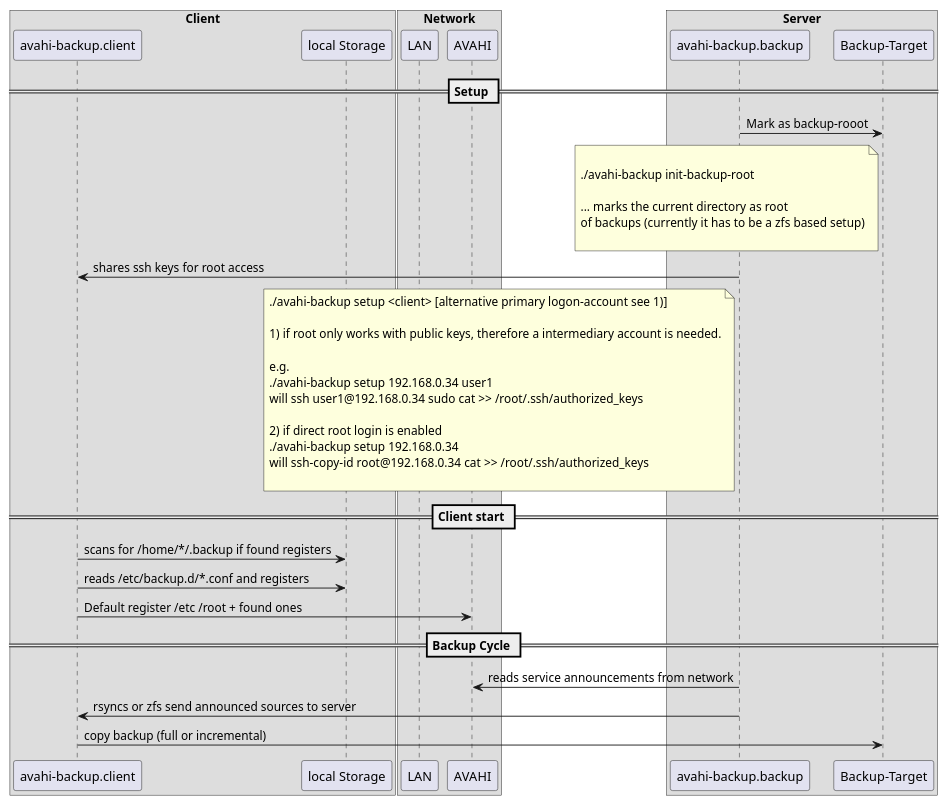
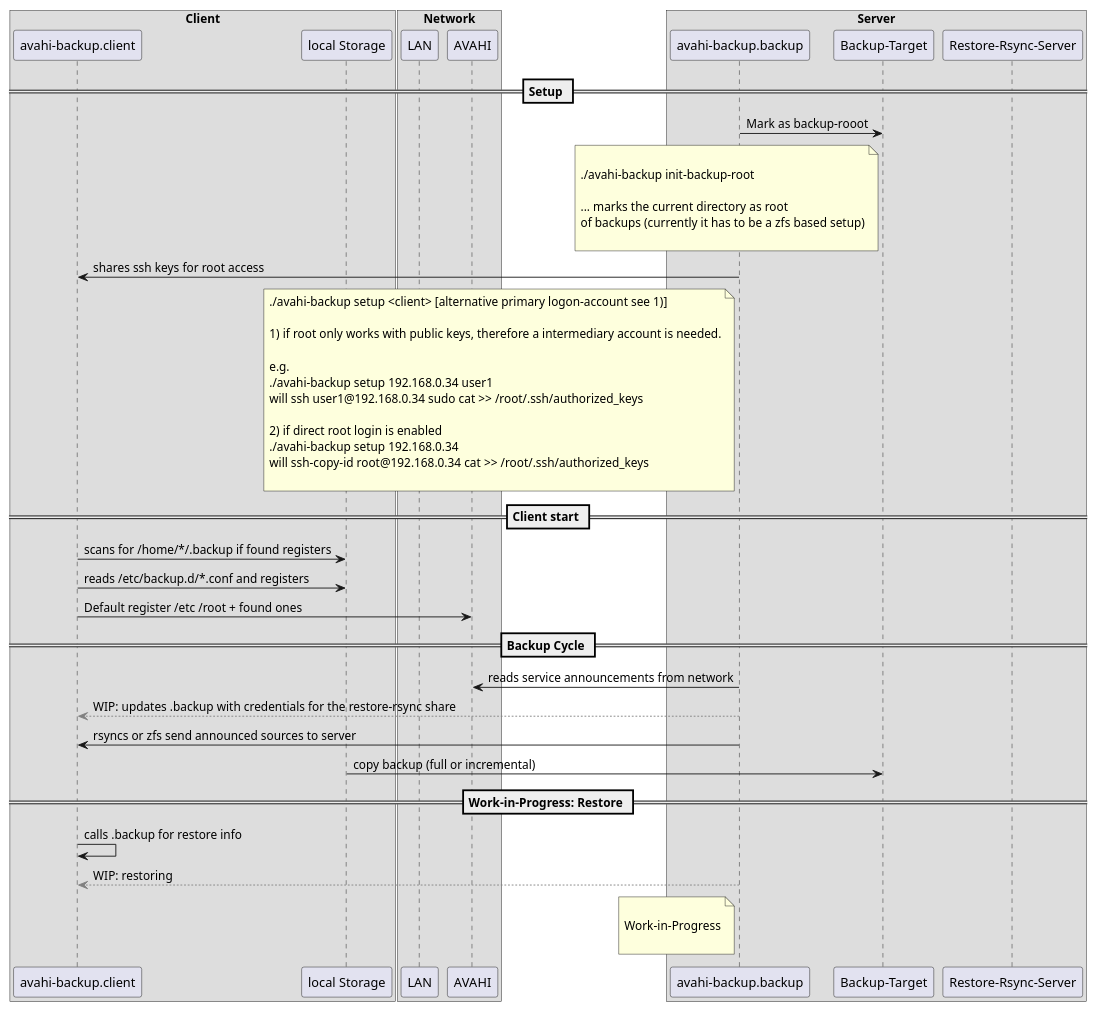
The diagram in doc/readme.overview.plantuml (hastmu/avahi-backup), drawn with PlantUML before and after one commit. The commit also changed 2 other files, not shown here.

Commit message:
update process with wip:restore

```diff
--- a/doc/readme.overview.plantuml
+++ b/doc/readme.overview.plantuml
@@ -1,60 +1,74 @@
 @startuml 
 
 box "Client"
    participant "avahi-backup.client" as client
    participant "local Storage" as local.storage
 end box
 
 box "Network"
    participant "LAN" as lan
    participant "AVAHI" as avahi.announcement
 end box
 
 box "Server"
    participant "avahi-backup.backup" as backup
-   participant "Backup-Target" as backup.storage 
+   participant "Backup-Target" as backup.storage
+   participant "Restore-Rsync-Server" as backup.restore
 end box
 
 == Setup ==
 
 backup -> backup.storage: Mark as backup-rooot
 
 note left of backup.storage
 
 ./avahi-backup init-backup-root
 
 ... marks the current directory as root 
 of backups (currently it has to be a zfs based setup)
 
 end note
 
 backup -> client: shares ssh keys for root access
 
 note left of backup
 ./avahi-backup setup <client> [alternative primary logon-account see 1)]
 
 1) if root only works with public keys, therefore a intermediary account is needed.
 
 e.g.
 ./avahi-backup setup 192.168.0.34 user1
 will ssh user1@192.168.0.34 sudo cat >> /root/.ssh/authorized_keys
 
 2) if direct root login is enabled
 ./avahi-backup setup 192.168.0.34
 will ssh-copy-id root@192.168.0.34 cat >> /root/.ssh/authorized_keys
 
 end note
 
 == Client start ==
 
 client -> local.storage: scans for /home/*/.backup if found registers
 client -> local.storage: reads /etc/backup.d/*.conf and registers
 client -> avahi.announcement: Default register /etc /root + found ones
 
 == Backup Cycle ==
 
 backup -> avahi.announcement: reads service announcements from network
+backup -[#Grey]-> client: WIP: updates .backup with credentials for the restore-rsync share
 backup -> client: rsyncs or zfs send announced sources to server
-client -> backup.storage: copy backup (full or incremental)
+local.storage -> backup.storage: copy backup (full or incremental)
+
+
+== Work-in-Progress: Restore ==
+
+client -> client: calls .backup for restore info
+backup -[#Grey]-> client: WIP: restoring 
+
+note left of backup
+
+Work-in-Progress
+
+end note
 
 @enduml
```
